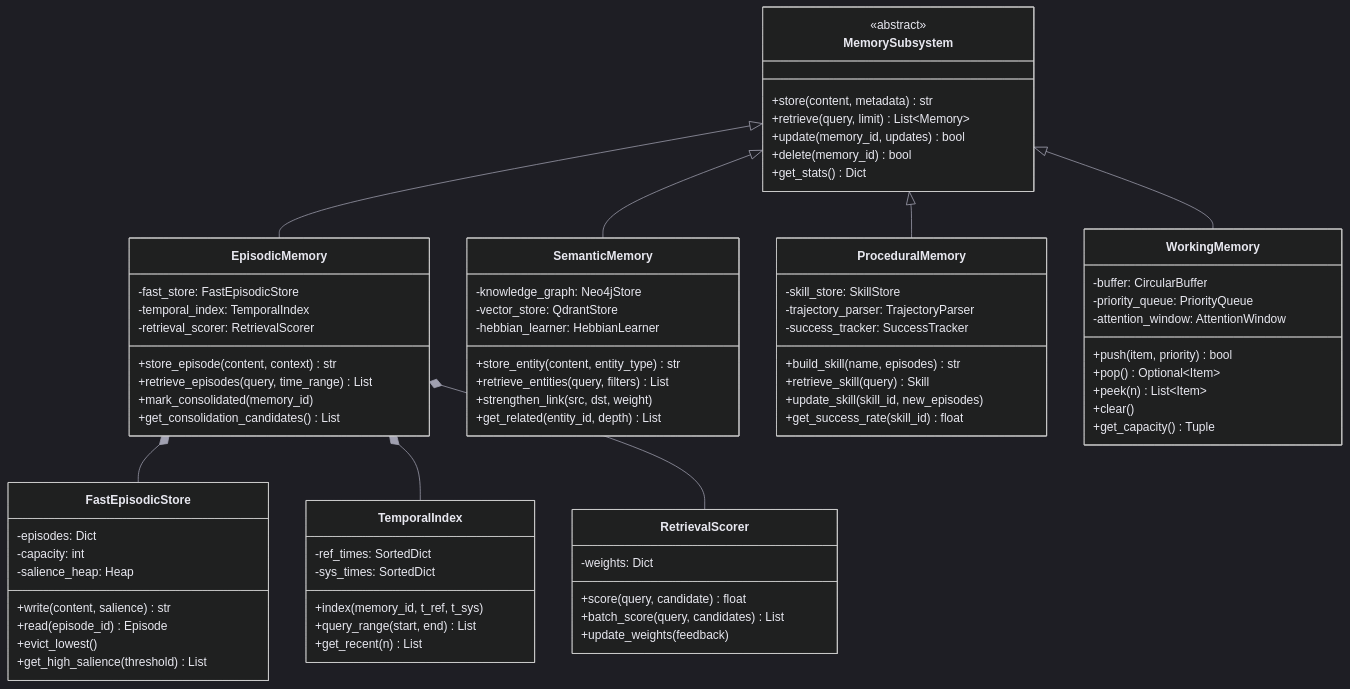
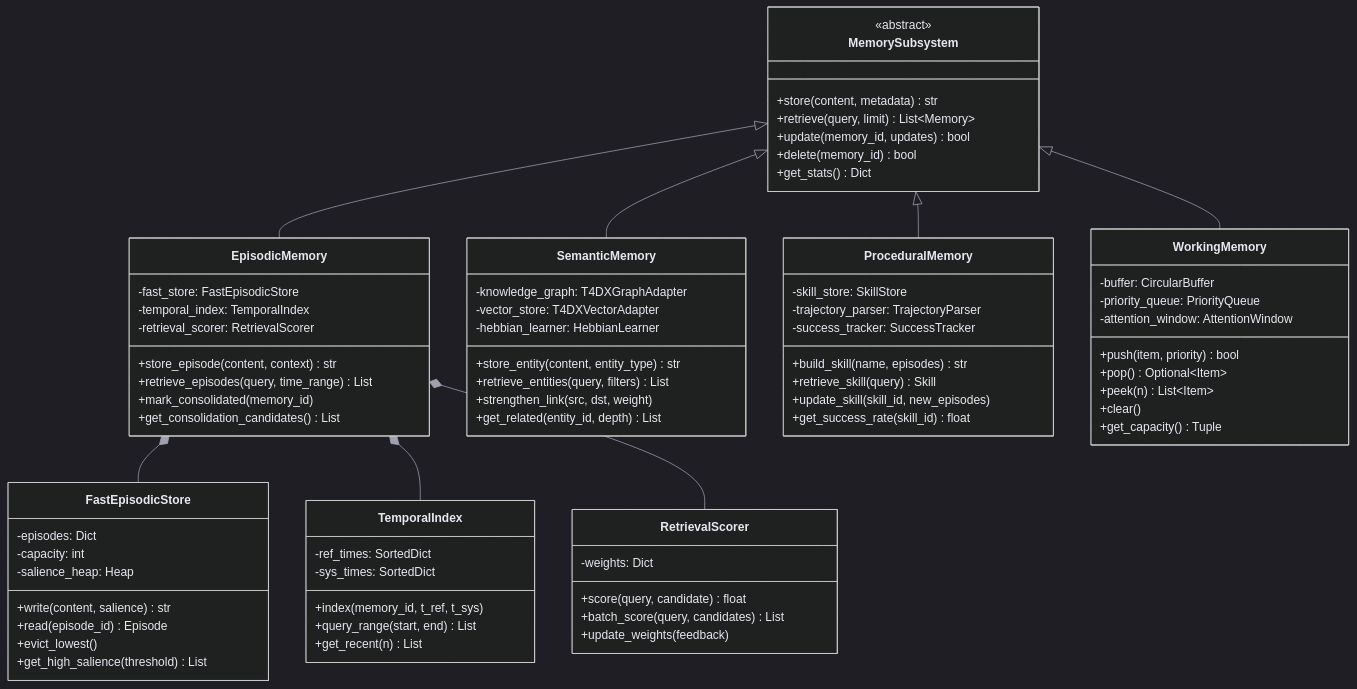
Before and after one commit to astoreyai/t4d: the diagram in docs/diagrams/21_class_memory.mmd, drawn with Mermaid. The commit also changed 394 other files, not shown here.

First line of the commit message:
Bulk rename World Weaver→T4DM across all documentation, diagrams, skills, agents

```diff
--- a/docs/diagrams/21_class_memory.mmd
+++ b/docs/diagrams/21_class_memory.mmd
@@ -1,85 +1,85 @@
 %%{init: {'theme': 'dark', 'themeVariables': { 'primaryColor': '#6366f1', 'primaryTextColor': '#e8e8f0', 'primaryBorderColor': '#818cf8', 'lineColor': '#a0a0b0', 'secondaryColor': '#1e1e2a', 'tertiaryColor': '#2a2a3a'}}}%%
 classDiagram
     class MemorySubsystem {
         <<abstract>>
         +store(content, metadata) str
         +retrieve(query, limit) List~Memory~
         +update(memory_id, updates) bool
         +delete(memory_id) bool
         +get_stats() Dict
     }
 
     class EpisodicMemory {
         -fast_store: FastEpisodicStore
         -temporal_index: TemporalIndex
         -retrieval_scorer: RetrievalScorer
         +store_episode(content, context) str
         +retrieve_episodes(query, time_range) List
         +mark_consolidated(memory_id)
         +get_consolidation_candidates() List
     }
 
     class SemanticMemory {
-        -knowledge_graph: Neo4jStore
-        -vector_store: QdrantStore
+        -knowledge_graph: T4DXGraphAdapter
+        -vector_store: T4DXVectorAdapter
         -hebbian_learner: HebbianLearner
         +store_entity(content, entity_type) str
         +retrieve_entities(query, filters) List
         +strengthen_link(src, dst, weight)
         +get_related(entity_id, depth) List
     }
 
     class ProceduralMemory {
         -skill_store: SkillStore
         -trajectory_parser: TrajectoryParser
         -success_tracker: SuccessTracker
         +build_skill(name, episodes) str
         +retrieve_skill(query) Skill
         +update_skill(skill_id, new_episodes)
         +get_success_rate(skill_id) float
     }
 
     class WorkingMemory {
         -buffer: CircularBuffer
         -priority_queue: PriorityQueue
         -attention_window: AttentionWindow
         +push(item, priority) bool
         +pop() Optional~Item~
         +peek(n) List~Item~
         +clear()
         +get_capacity() Tuple
     }
 
     class FastEpisodicStore {
         -episodes: Dict
         -capacity: int
         -salience_heap: Heap
         +write(content, salience) str
         +read(episode_id) Episode
         +evict_lowest()
         +get_high_salience(threshold) List
     }
 
     class TemporalIndex {
         -ref_times: SortedDict
         -sys_times: SortedDict
         +index(memory_id, t_ref, t_sys)
         +query_range(start, end) List
         +get_recent(n) List
     }
 
     class RetrievalScorer {
         -weights: Dict
         +score(query, candidate) float
         +batch_score(query, candidates) List
         +update_weights(feedback)
     }
 
     MemorySubsystem <|-- EpisodicMemory
     MemorySubsystem <|-- SemanticMemory
     MemorySubsystem <|-- ProceduralMemory
     MemorySubsystem <|-- WorkingMemory
 
     EpisodicMemory *-- FastEpisodicStore
     EpisodicMemory *-- TemporalIndex
     EpisodicMemory *-- RetrievalScorer
```
